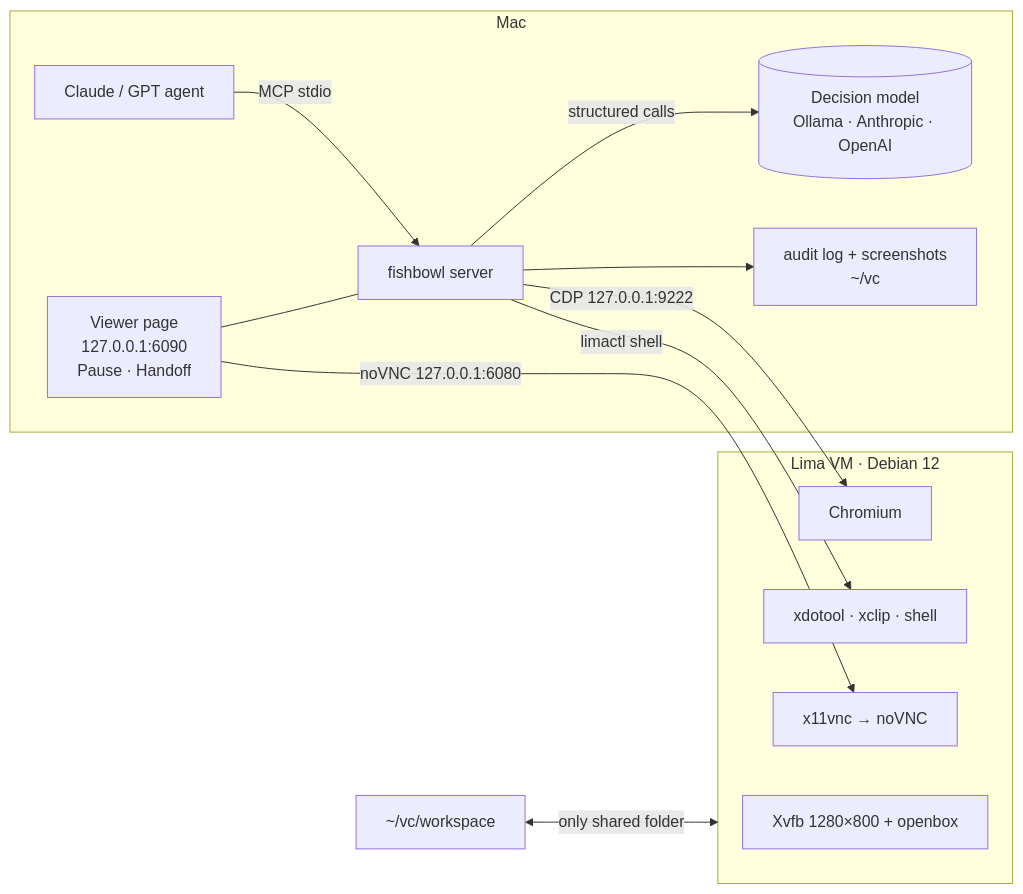
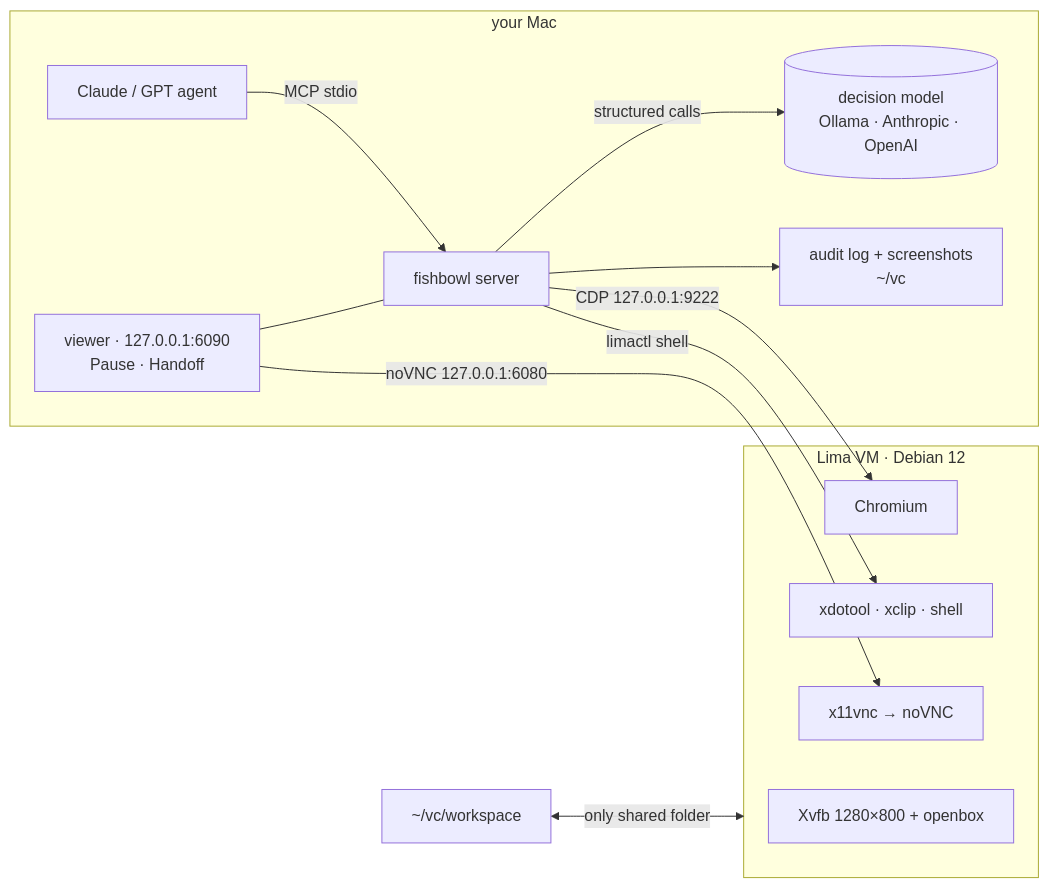
One commit to ericwang915/fishbowl changed the diagram in README.md. Above: the diagram before and after it, drawn with Mermaid. The commit also changed other lines of this file and 36 other files, not shown here.

````diff
--- a/README.md
+++ b/README.md
@@ -136,19 +171,19 @@
 ```mermaid
 flowchart LR
-  subgraph Mac
-    A[Claude / GPT agent] -- MCP stdio --> S[fishbowl server]
-    S -- structured calls --> M[(Decision model<br/>Ollama · Anthropic · OpenAI)]
-    S --> L[audit log + screenshots<br/>~/vc]
-    V[Viewer page<br/>127.0.0.1:6090<br/>Pause · Handoff] --- S
+  subgraph Mac["your Mac"]
+    A["Claude / GPT agent"] -- "MCP stdio" --> S["fishbowl server"]
+    S -- "structured calls" --> M[("decision model<br/>Ollama · Anthropic · OpenAI")]
+    S --> L["audit log + screenshots<br/>~/vc"]
+    V["viewer · 127.0.0.1:6090<br/>Pause · Handoff"] --- S
   end
-  subgraph VM [Lima VM · Debian 12]
-    X[Xvfb 1280×800 + openbox]
-    C[Chromium]
-    N[x11vnc → noVNC]
-    D[xdotool · xclip · shell]
+  subgraph VM["Lima VM · Debian 12"]
+    X["Xvfb 1280×800 + openbox"]
+    C["Chromium"]
+    N["x11vnc → noVNC"]
+    D["xdotool · xclip · shell"]
   end
-  S -- CDP 127.0.0.1:9222 --> C
-  S -- limactl shell --> D
-  V -- noVNC 127.0.0.1:6080 --> N
-  W[~/vc/workspace] <--> |only shared folder| VM
+  S -- "CDP 127.0.0.1:9222" --> C
+  S -- "limactl shell" --> D
+  V -- "noVNC 127.0.0.1:6080" --> N
+  W["~/vc/workspace"] <-- "only shared folder" --> VM
 ```
````
